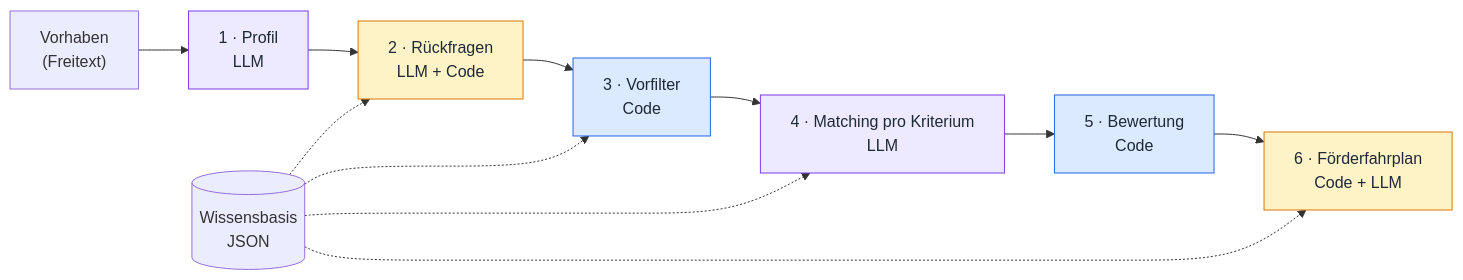
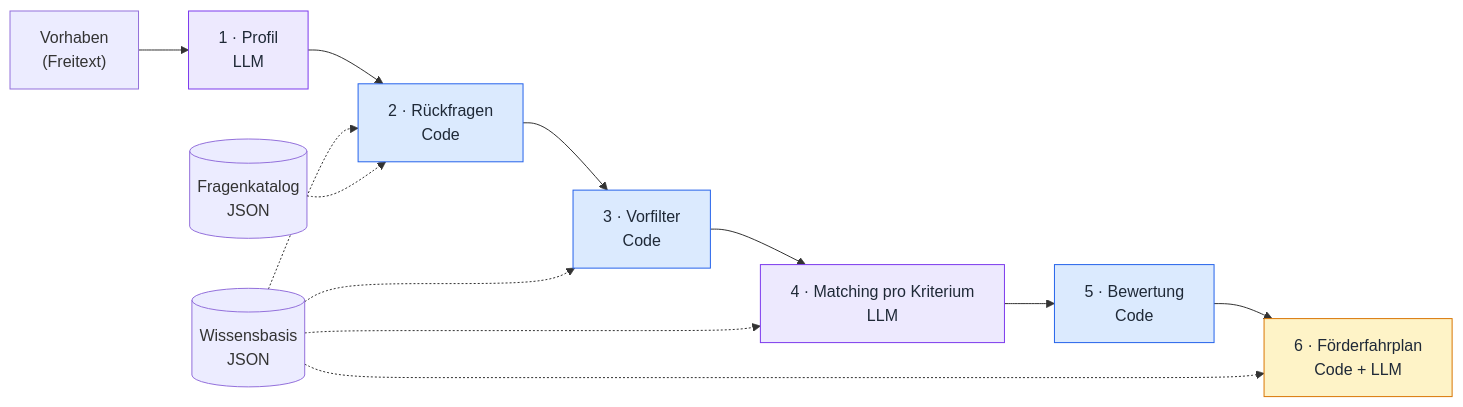
Before and after one commit to ZentralHack/app: the diagram in README.md, drawn with Mermaid. The commit also changed other lines of this file and 6 other files, not shown here.

Commit message:
Rückfragen aus Fragenkatalog: eine Frage pro Profilfeld, bis 10, ohne LLM zur Laufzeit

````diff
--- a/README.md
+++ b/README.md
@@ -30,20 +30,21 @@
 ```mermaid
 flowchart LR
     A["Vorhaben<br/>(Freitext)"] --> S1
-    S1["1 · Profil<br/>LLM"] --> S2["2 · Rückfragen<br/>LLM + Code"]
+    S1["1 · Profil<br/>LLM"] --> S2["2 · Rückfragen<br/>Code"]
     S2 --> S3["3 · Vorfilter<br/>Code"]
     S3 --> S4["4 · Matching pro Kriterium<br/>LLM"]
     S4 --> S5["5 · Bewertung<br/>Code"]
     S5 --> S6["6 · Förderfahrplan<br/>Code + LLM"]
     KB[("Wissensbasis<br/>JSON")] -.-> S2
+    FK[("Fragenkatalog<br/>JSON")] -.-> S2
     KB -.-> S3
     KB -.-> S4
     KB -.-> S6
 
     classDef llm fill:#ede9fe,stroke:#7c3aed,color:#1f2937
     classDef code fill:#dbeafe,stroke:#2563eb,color:#1f2937
     classDef mixed fill:#fef3c7,stroke:#d97706,color:#1f2937
     class S1,S4 llm
-    class S3,S5 code
-    class S2,S6 mixed
+    class S2,S3,S5 code
+    class S6 mixed
 ```
````
